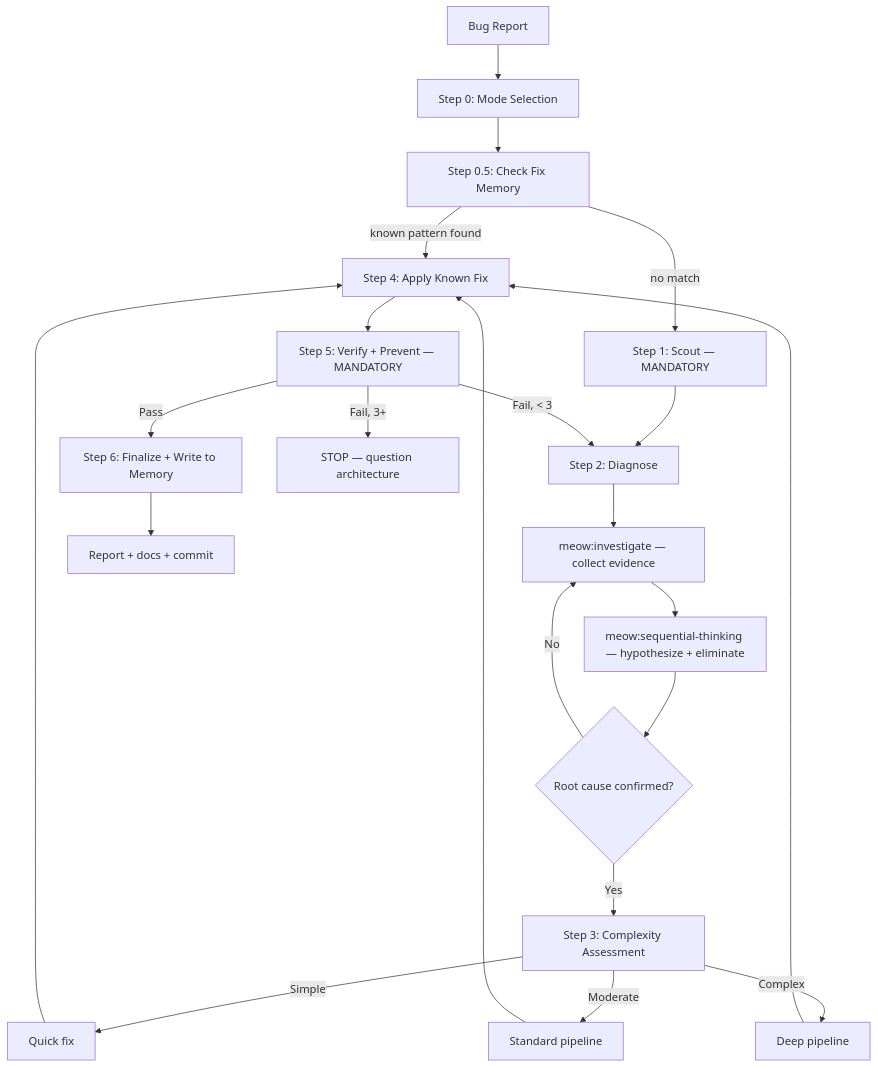
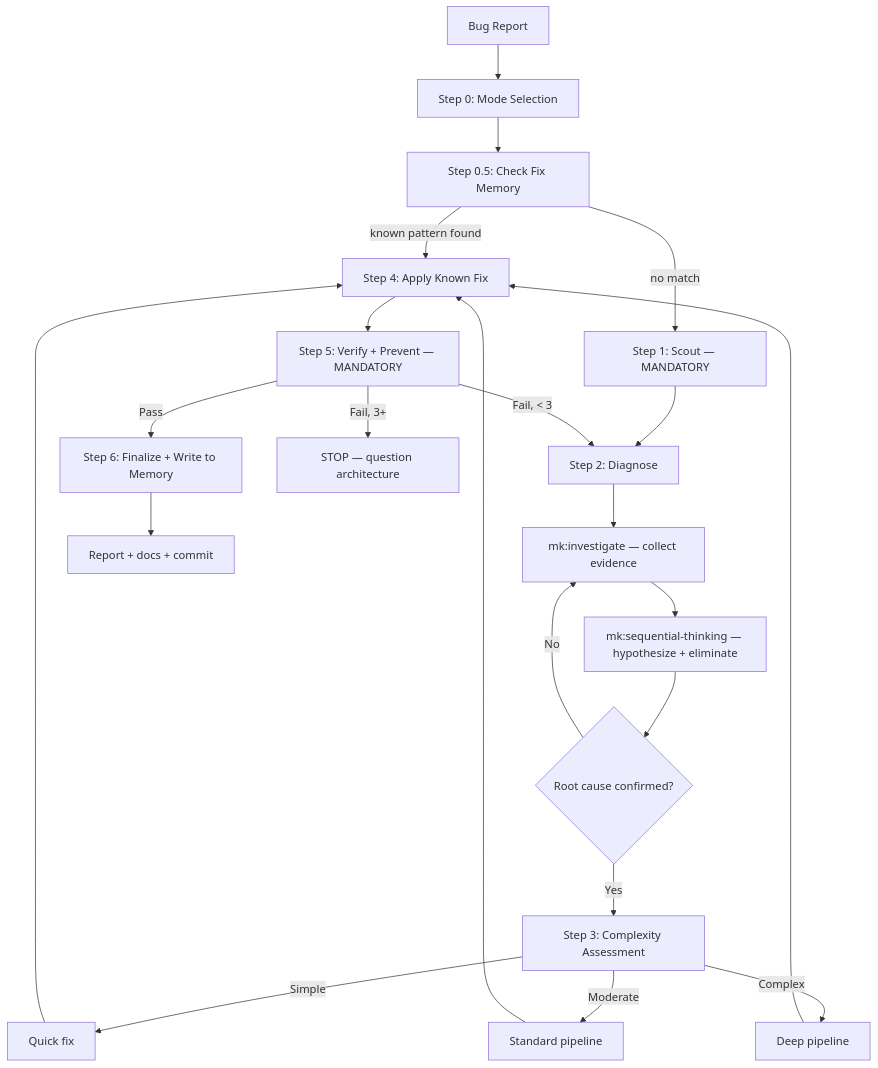
One commit to ngocsangyem/MeowKit changed the diagram in website/reference/skills/fix.md. Above: the diagram before and after it, drawn with Mermaid. The commit also changed other lines of this file and 1235 other files, not shown here.

````diff
--- a/website/reference/skills/fix.md
+++ b/website/reference/skills/fix.md
@@ -65,24 +65,24 @@
 ```mermaid
 flowchart TD
     A[Bug Report] --> B[Step 0: Mode Selection]
     B --> B1[Step 0.5: Check Fix Memory]
     B1 -->|known pattern found| K[Step 4: Apply Known Fix]
     B1 -->|no match| C[Step 1: Scout — MANDATORY]
     C --> D[Step 2: Diagnose]
-    D --> D1[meow:investigate — collect evidence]
-    D1 --> D2[meow:sequential-thinking — hypothesize + eliminate]
+    D --> D1[mk:investigate — collect evidence]
+    D1 --> D2[mk:sequential-thinking — hypothesize + eliminate]
     D2 --> E{Root cause confirmed?}
     E -->|Yes| F[Step 3: Complexity Assessment]
     E -->|No| D1
     F -->|Simple| G[Quick fix]
     F -->|Moderate| H[Standard pipeline]
     F -->|Complex| I[Deep pipeline]
     G --> K
     H --> K
     I --> K
     K --> L[Step 5: Verify + Prevent — MANDATORY]
     L -->|Pass| M[Step 6: Finalize + Write to Memory]
     L -->|Fail, < 3| D
     L -->|Fail, 3+| N[STOP — question architecture]
     M --> O[Report + docs + commit]
 ```
````
